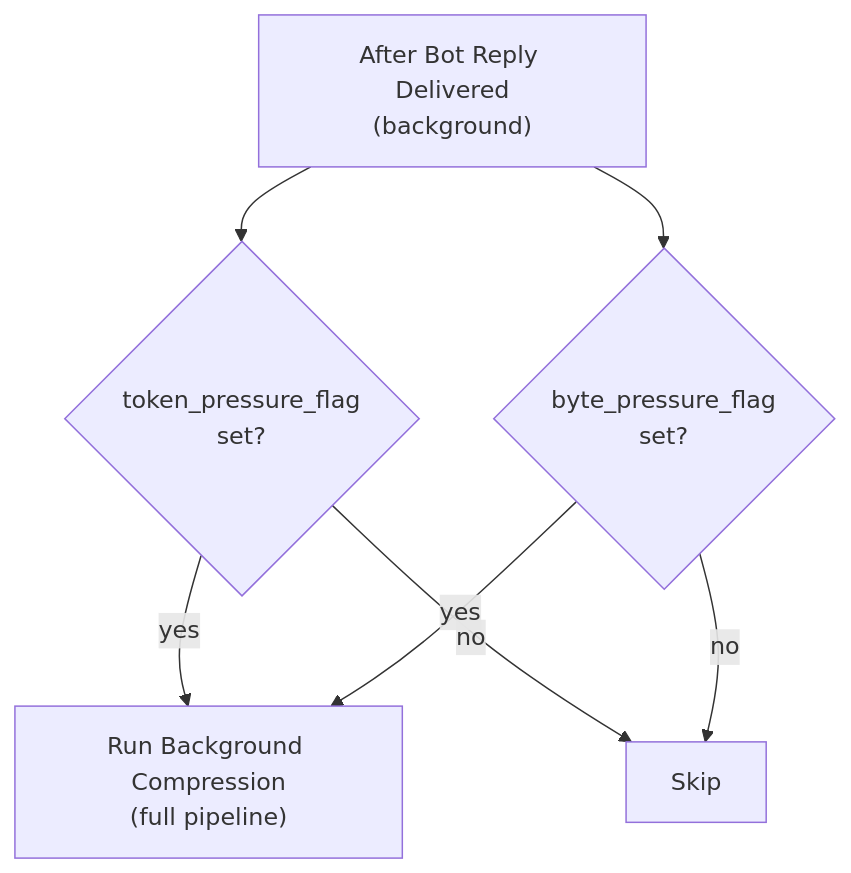
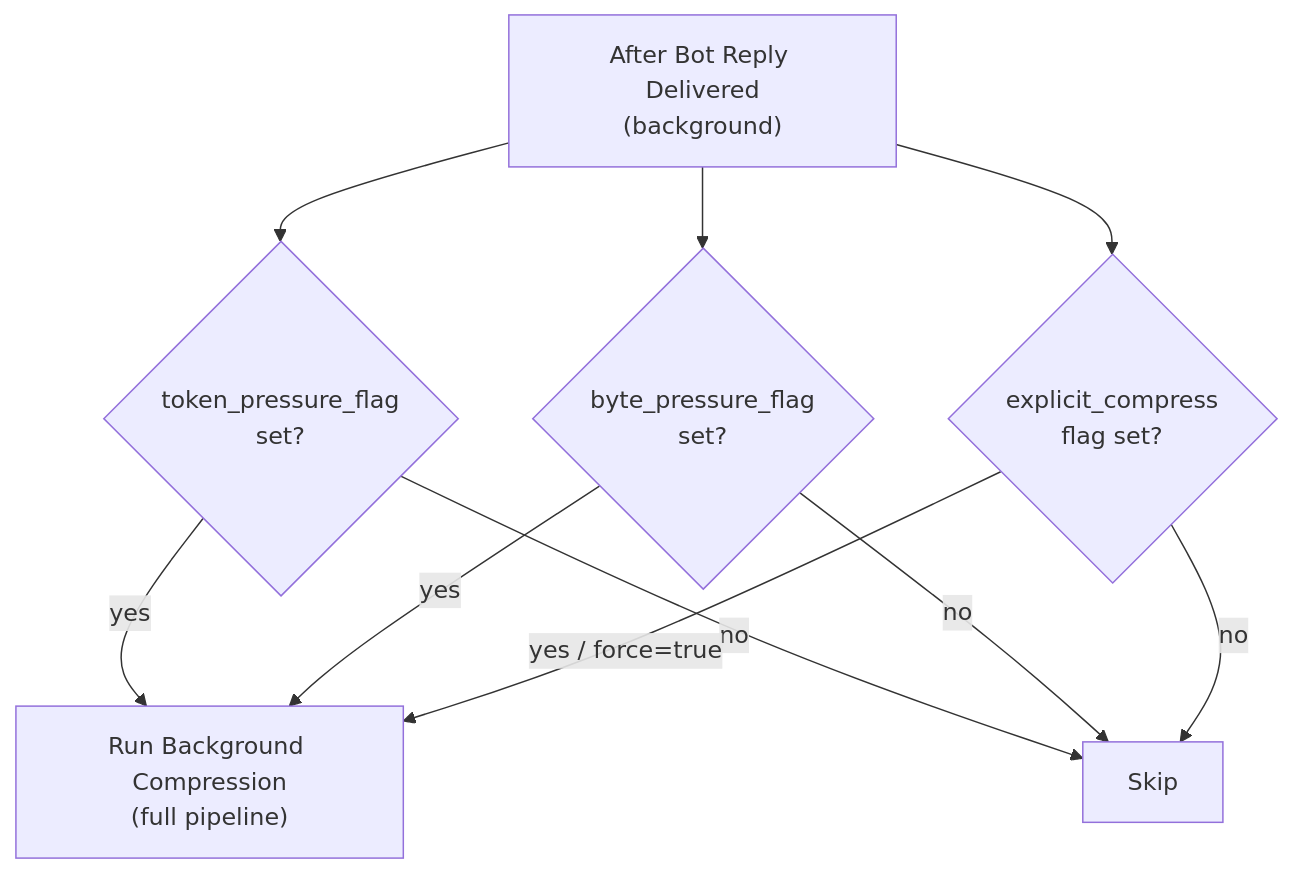
Before and after one commit to cosmoswafer/rockbot: the first of 6 diagrams in _dfd/base/memory-compression.md, drawn with Mermaid. The commit also changed other lines of this file and 2 other files, not shown here.

First line of the commit message:
docs: update DFDs for flag-driven post-reply compress_memory

````diff
--- a/_dfd/base/memory-compression.md
+++ b/_dfd/base/memory-compression.md
@@ -35,18 +36,22 @@
 ```mermaid
 flowchart TD
     POST_REPLY["After Bot Reply Delivered<br/>(background)"]
 
     C1{"token_pressure_flag<br/>set?"}
     C2{"byte_pressure_flag<br/>set?"}
+    C3{"explicit_compress<br/>flag set?"}
 
     COMPRESS["Run Background Compression<br/>(full pipeline)"]
     SKIP[Skip]
 
     POST_REPLY --> C1
     POST_REPLY --> C2
+    POST_REPLY --> C3
 
     C1 -->|"yes"| COMPRESS
     C1 -->|"no"| SKIP
     C2 -->|"yes"| COMPRESS
     C2 -->|"no"| SKIP
+    C3 -->|"yes / force=true"| COMPRESS
+    C3 -->|"no"| SKIP
 ```
````
